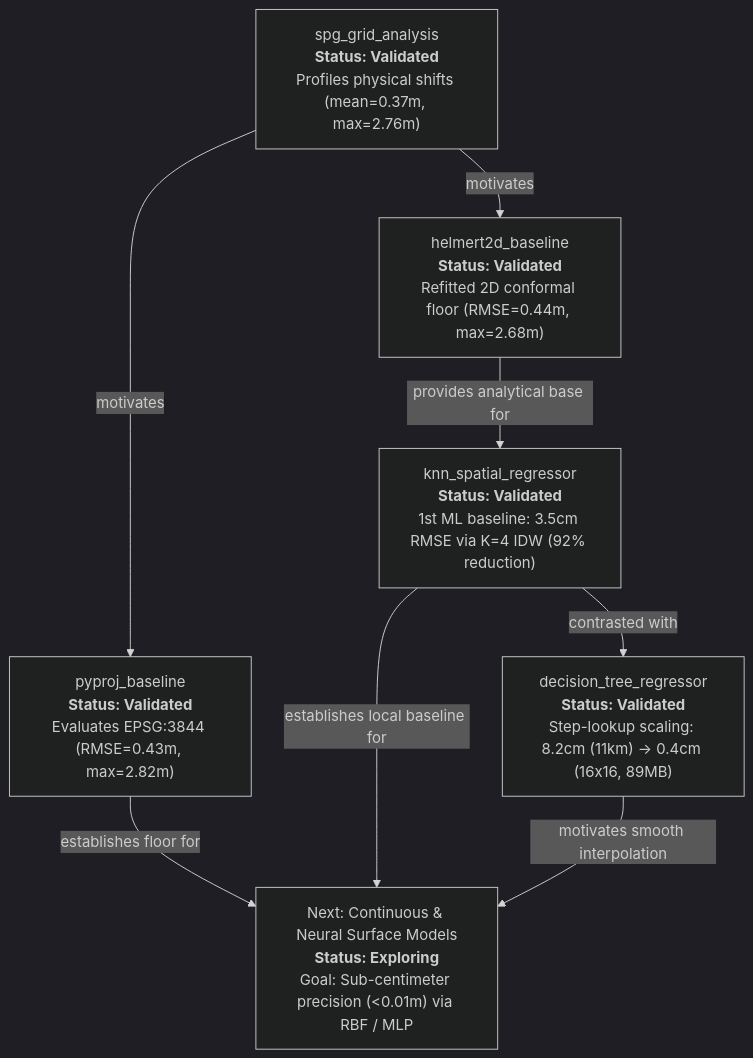
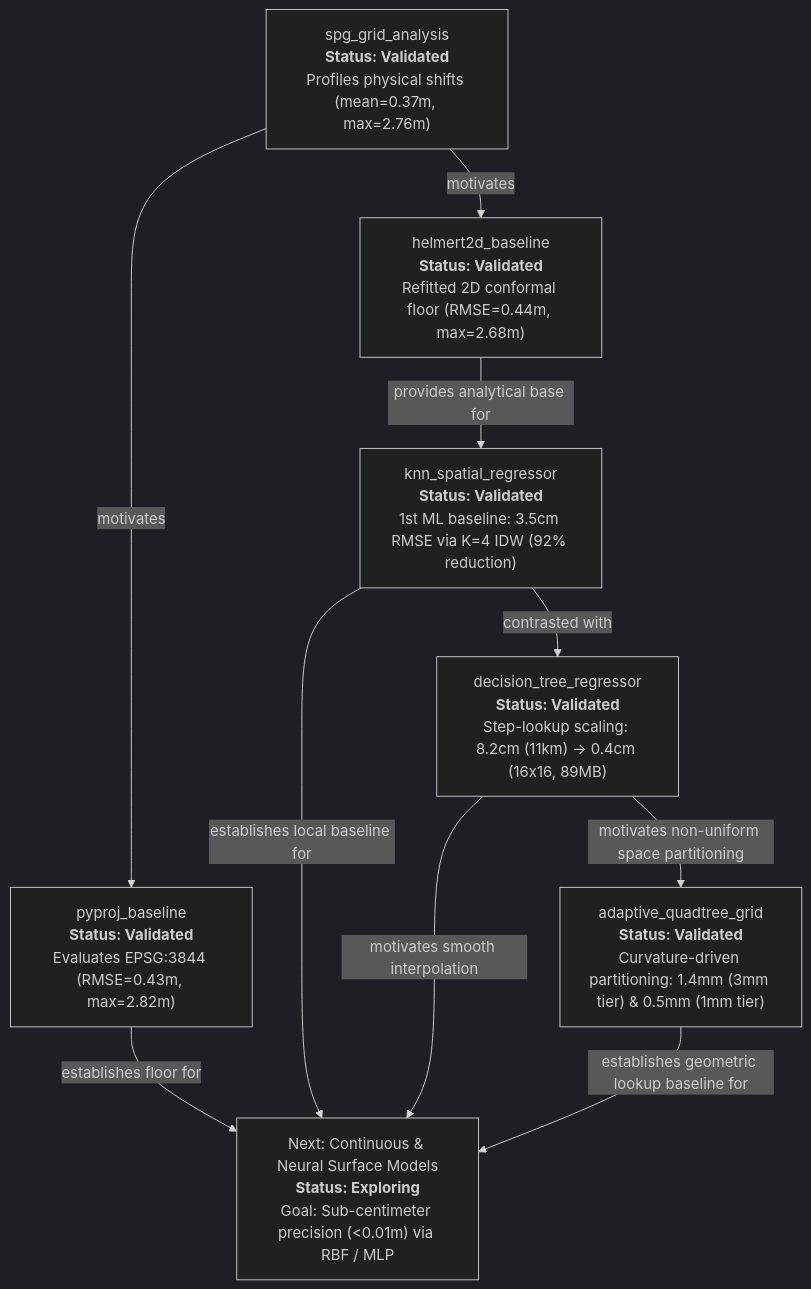
The diagram in docs/research/roadmap.md (bogdanmorosanu/ml_transdat), drawn with Mermaid (dark theme) before and after one commit. The commit also changed other lines of this file and 26 other files, not shown here.

First line of the commit message:
feat(grids): add adaptive quadtree grids, pure pytransdat generator, and benchmark unit

````diff
--- a/docs/research/roadmap.md
+++ b/docs/research/roadmap.md
@@ -11,17 +11,20 @@
 ```mermaid
 flowchart TD
     SPG["spg_grid_analysis<br><b>Status: Validated</b><br>Profiles physical shifts (mean=0.37m, max=2.76m)"]
     PROJ["pyproj_baseline<br><b>Status: Validated</b><br>Evaluates EPSG:3844 (RMSE=0.43m, max=2.82m)"]
     H2D["helmert2d_baseline<br><b>Status: Validated</b><br>Refitted 2D conformal floor (RMSE=0.44m, max=2.68m)"]
     KNN["knn_spatial_regressor<br><b>Status: Validated</b><br>1st ML baseline: 3.5cm RMSE via K=4 IDW (92% reduction)"]
     DT["decision_tree_regressor<br><b>Status: Validated</b><br>Step-lookup scaling: 8.2cm (11km) -> 0.4cm (16x16, 89MB)"]
+    AQG["adaptive_quadtree_grid<br><b>Status: Validated</b><br>Curvature-driven partitioning: 1.4mm (3mm tier) & 0.5mm (1mm tier)"]
     ML["Next: Continuous & Neural Surface Models<br><b>Status: Exploring</b><br>Goal: Sub-centimeter precision (<0.01m) via RBF / MLP"]
 
     SPG -->|"motivates"| PROJ
     SPG -->|"motivates"| H2D
     PROJ -->|"establishes floor for"| ML
     H2D -->|"provides analytical base for"| KNN
     KNN -->|"establishes local baseline for"| ML
     KNN -->|"contrasted with"| DT
+    DT -->|"motivates non-uniform space partitioning"| AQG
     DT -->|"motivates smooth interpolation"| ML
+    AQG -->|"establishes geometric lookup baseline for"| ML
 ```
````
